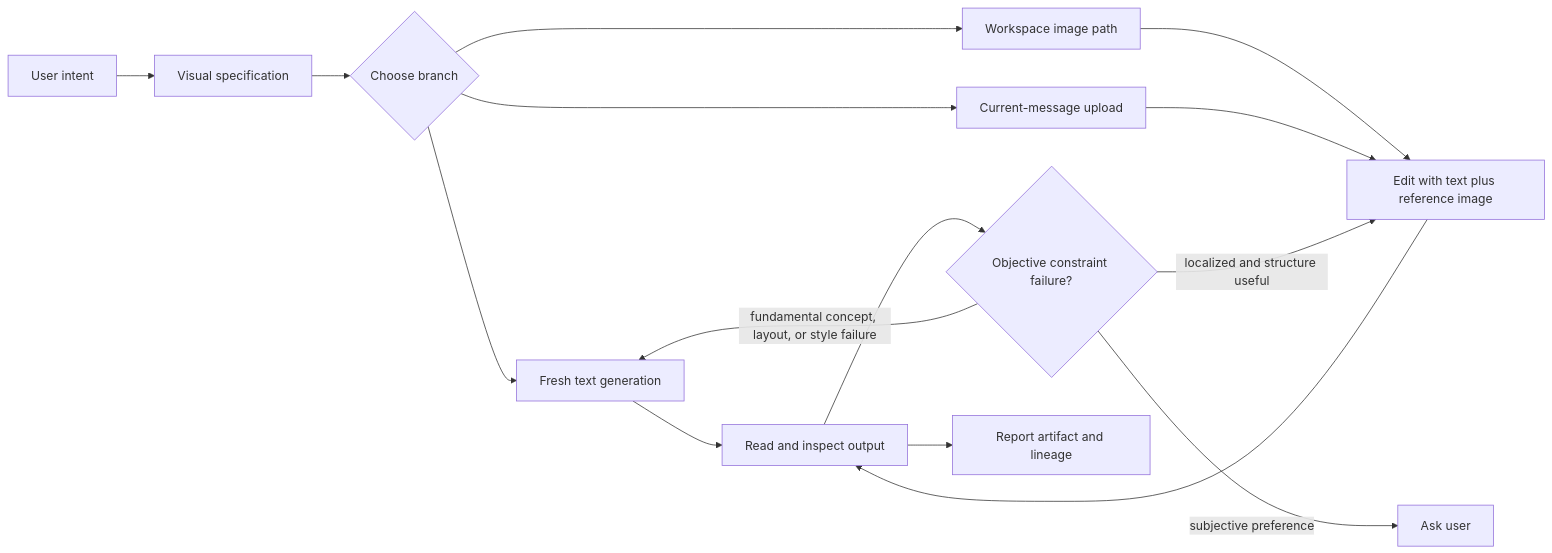
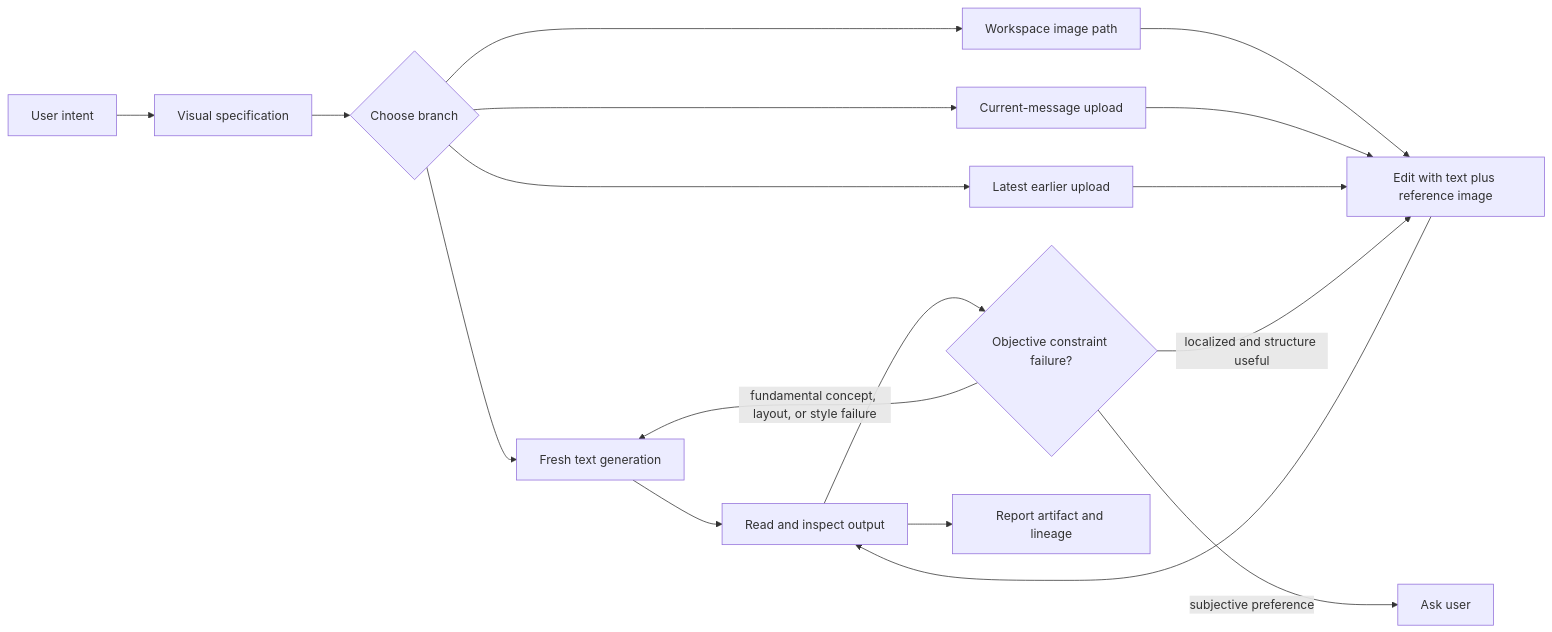
The diagram in opencode/skills/imagegen/SKILL.md (riemac/labflow), drawn with Mermaid before and after one commit. The commit also changed other lines of this file and 4 other files, not shown here.

````diff
--- a/opencode/skills/imagegen/SKILL.md
+++ b/opencode/skills/imagegen/SKILL.md
@@ -28,17 +28,19 @@
 ```mermaid
 flowchart LR
     U[User intent] --> S[Visual specification]
     S --> B{Choose branch}
     B --> F[Fresh text generation]
     B --> W[Workspace image path]
     B --> A[Current-message upload]
+    B --> L[Latest earlier upload]
     W --> E[Edit with text plus reference image]
     A --> E
+    L --> E
     F --> I[Read and inspect output]
     E --> I
     I --> Q{Objective constraint failure?}
     Q -->|localized and structure useful| E
     Q -->|fundamental concept, layout, or style failure| F
     Q -->|subjective preference| H[Ask user]
     I --> R[Report artifact and lineage]
 ```
````
